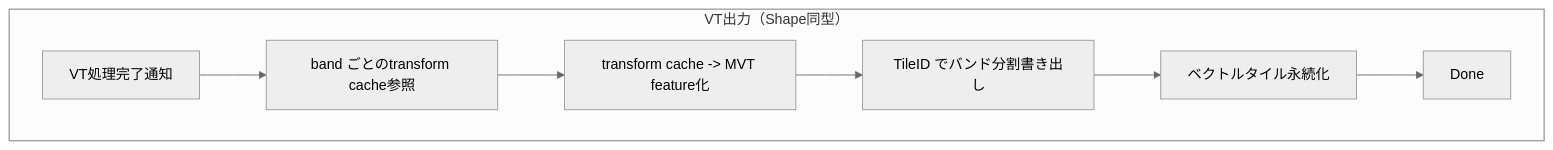
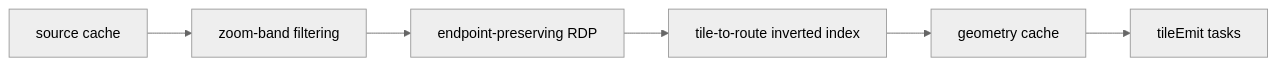
One commit to kubohiroya/hierarchidb changed the third of 5 diagrams in plans/current-route-stage-flow.md. Above: the diagram before and after it, drawn with Mermaid (neutral theme). The commit also changed other lines of this file and 6 other files, not shown here.

Commit message:
docs(route): reconcile canonical build flow spec #261

````diff
--- a/plans/current-route-stage-flow.md
+++ b/plans/current-route-stage-flow.md
@@ -145,13 +59,10 @@
 ```mermaid
-flowchart TB
-  subgraph RO[VT出力（Shape同型）]
-    direction LR
-    RO1[VT処理完了通知]
-    RO2[band ごとのtransform cache参照]
-    RO3[transform cache -> MVT feature化]
-    RO4[TileID でバンド分割書き出し]
-    RO5[ベクトルタイル永続化]
-    RO6[Done]
-    RO1 --> RO2 --> RO3 --> RO4 --> RO5 --> RO6
-  end
+flowchart LR
+  G0[source cache]
+  G1[zoom-band filtering]
+  G2[endpoint-preserving RDP]
+  G3[tile-to-route inverted index]
+  G4[geometry cache]
+  G5[tileEmit tasks]
+  G0 --> G1 --> G2 --> G3 --> G4 --> G5
 ```
````
